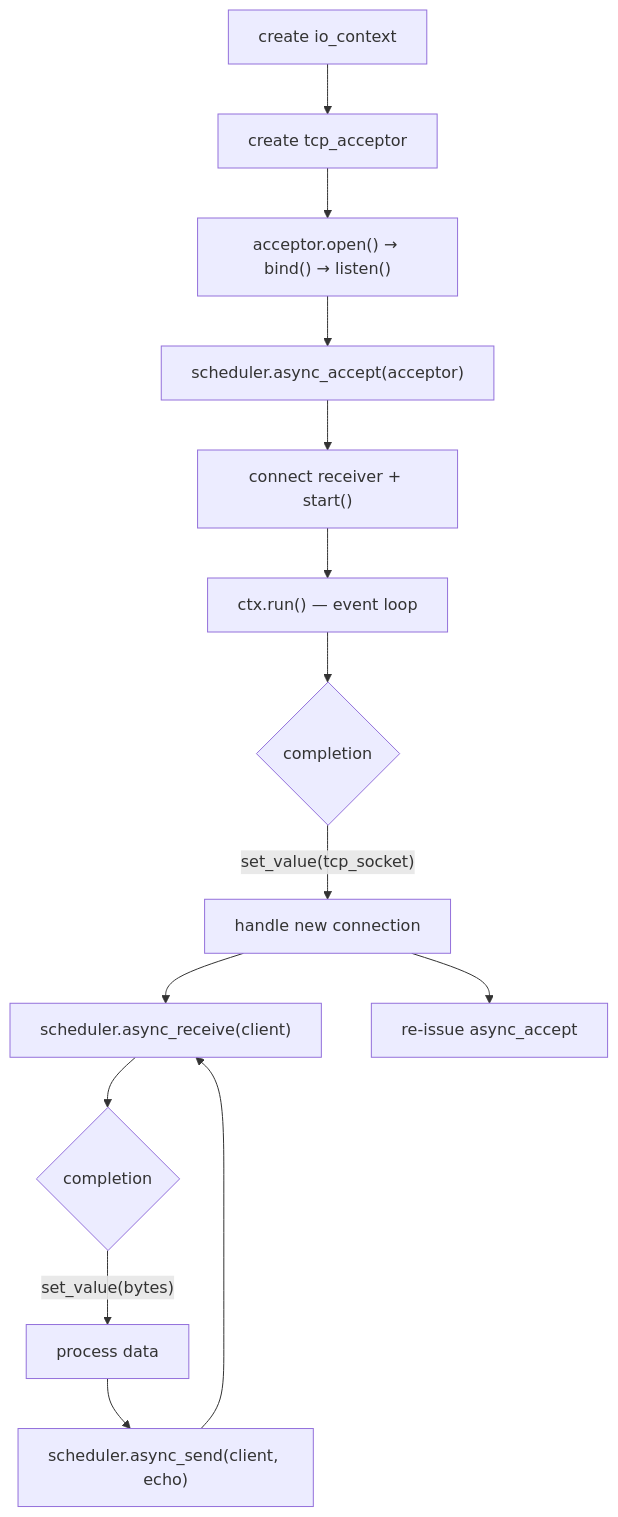
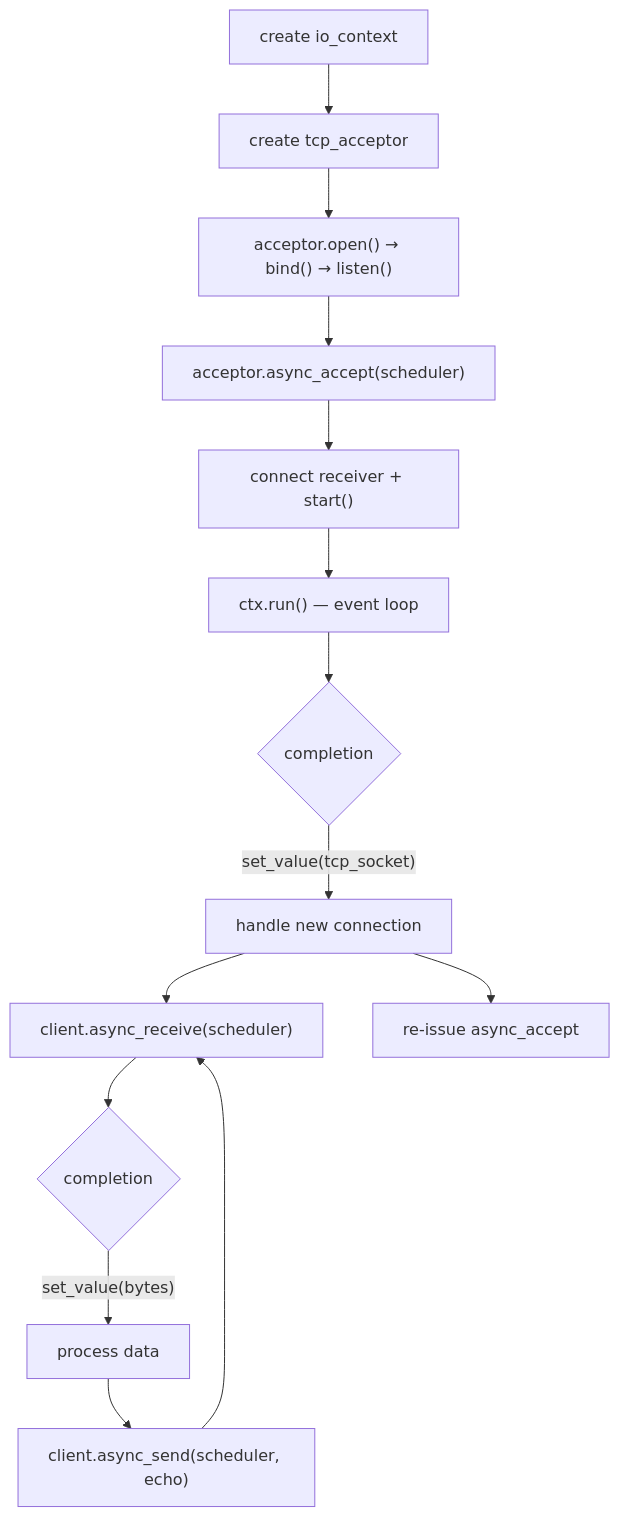
One commit to haomingbai/bnio changed the third of 6 diagrams in docs/usage.md. Above: the diagram before and after it, drawn with Mermaid. The commit also changed other lines of this file and 18 other files, not shown here.

````diff
--- a/docs/usage.md
+++ b/docs/usage.md
@@ -216,16 +216,16 @@
 ```mermaid
 graph TB
     A["create io_context"] --> B["create tcp_acceptor"]
     B --> C["acceptor.open() → bind() → listen()"]
-    C --> D["scheduler.async_accept(acceptor)"]
+    C --> D["acceptor.async_accept(scheduler)"]
     D --> E["connect receiver + start()"]
     E --> F["ctx.run() — event loop"]
     F --> G{"completion"}
     G -->|"set_value(tcp_socket)"| H["handle new connection"]
-    H --> I["scheduler.async_receive(client)"]
+    H --> I["client.async_receive(scheduler)"]
     H --> J["re-issue async_accept"]
     I --> K{"completion"}
     K -->|"set_value(bytes)"| L["process data"]
-    L --> M["scheduler.async_send(client, echo)"]
+    L --> M["client.async_send(scheduler, echo)"]
     M --> I
 ```
````
